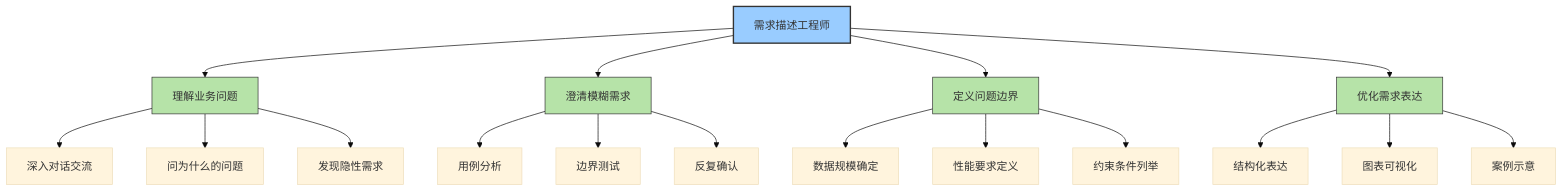
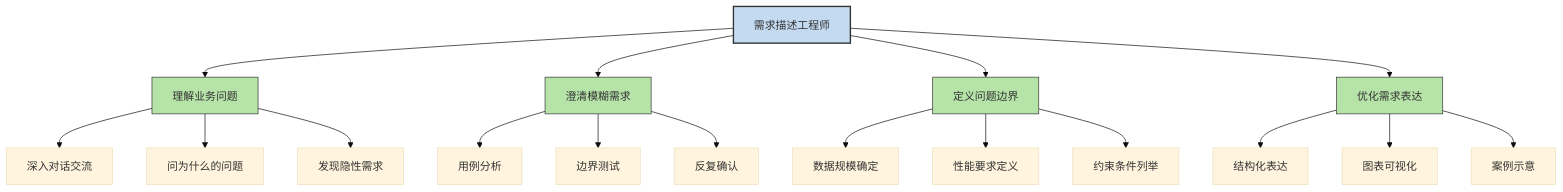
The sixth of 11 diagrams in start-here/AI-Era-Programmers-as-Requirements-Engineers.md (microwind/algorithms), drawn with Mermaid (base theme) before and after one commit. The commit also changed other lines of this file and 2 other files, not shown here.

````diff
--- a/start-here/AI-Era-Programmers-as-Requirements-Engineers.md
+++ b/start-here/AI-Era-Programmers-as-Requirements-Engineers.md
@@ -301,30 +301,30 @@
 ```mermaid
 graph TD
     A[需求描述工程师] --> B[理解业务问题]
     A --> C[澄清模糊需求]
     A --> D[定义问题边界]
     A --> E[优化需求表达]
 
     B --> B1[深入对话交流]
     B --> B2[问为什么的问题]
     B --> B3[发现隐性需求]
 
     C --> C1[用例分析]
     C --> C2[边界测试]
     C --> C3[反复确认]
 
     D --> D1[数据规模确定]
     D --> D2[性能要求定义]
     D --> D3[约束条件列举]
 
     E --> E1[结构化表达]
     E --> E2[图表可视化]
     E --> E3[案例示意]
 
     %% 颜色定义
-    classDef main fill:#99ccff,stroke:#333,stroke-width:2px;
+    classDef main fill:#C4DAF1,stroke:#333,stroke-width:2px;
     classDef task fill:#b6e3a8,stroke:#333,stroke-width:1px;
 
     class A main;
     class B,C,D,E task;
 ```
````
